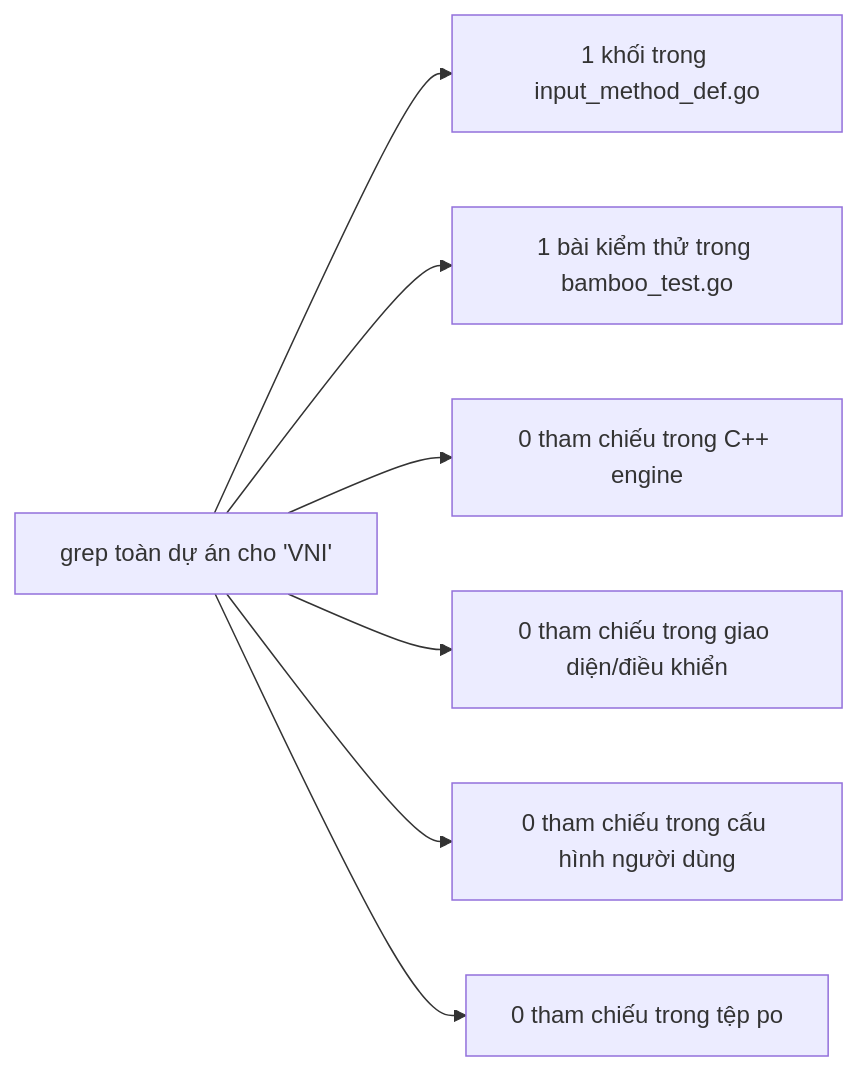
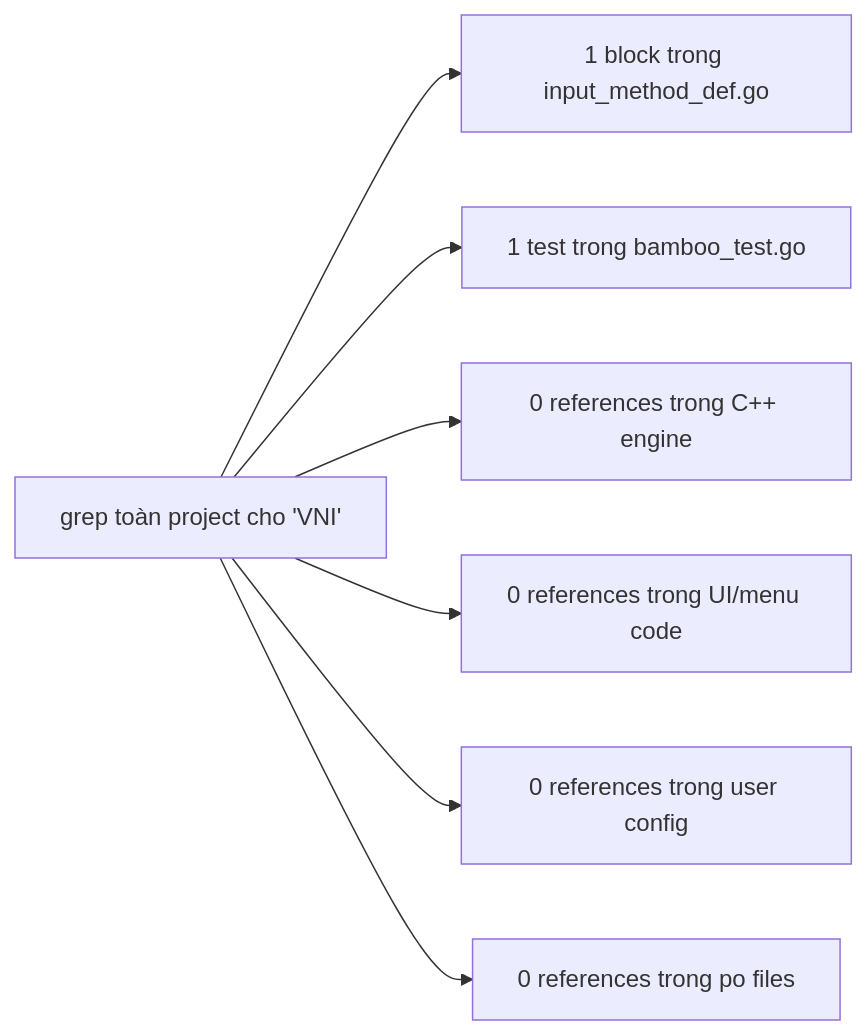
One commit to thatislg/fcitx5-bamboo changed the first of 3 diagrams in requirement/REQ-005.md. Above: the diagram before and after it, drawn with Mermaid. The commit also changed other lines of this file and 2 other files, not shown here.

````diff
--- a/requirement/REQ-005.md
+++ b/requirement/REQ-005.md
@@ -44,9 +44,9 @@
 ```mermaid
 graph LR
-    A["grep toàn dự án cho 'VNI'"] --> B["1 khối trong input_method_def.go"]
-    A --> C["1 bài kiểm thử trong bamboo_test.go"]
-    A --> D["0 tham chiếu trong C++ engine"]
-    A --> E["0 tham chiếu trong giao diện/điều khiển"]
-    A --> F["0 tham chiếu trong cấu hình người dùng"]
-    A --> G["0 tham chiếu trong tệp po"]
+    A["grep toàn project cho 'VNI'"] --> B["1 block trong input_method_def.go"]
+    A --> C["1 test trong bamboo_test.go"]
+    A --> D["0 references trong C++ engine"]
+    A --> E["0 references trong UI/menu code"]
+    A --> F["0 references trong user config"]
+    A --> G["0 references trong po files"]
 ```
````
